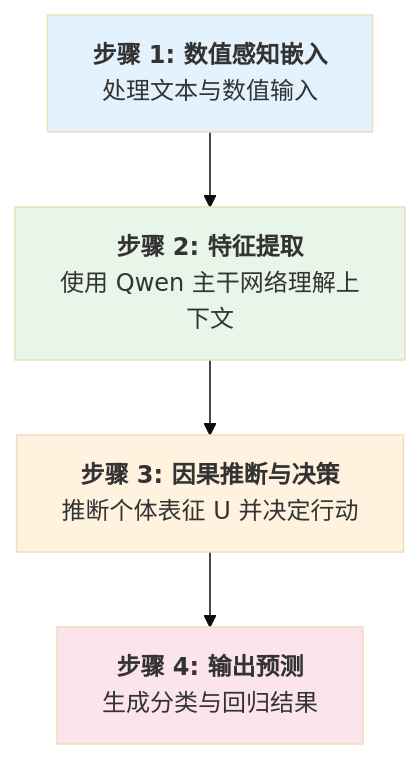
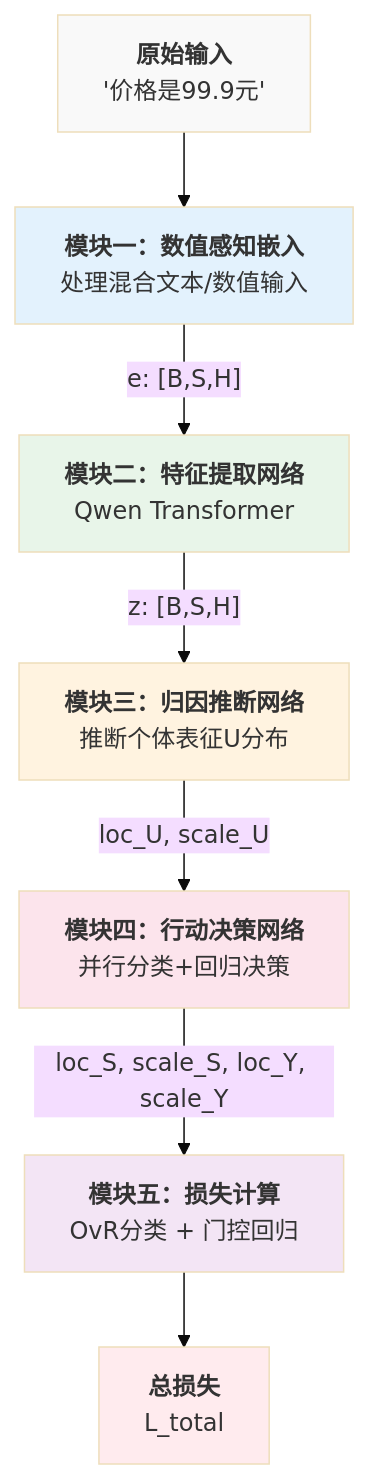
Before and after one commit to 1587causalai/CausalQwen: the first of 8 diagrams in docs/mathematical_foundations.md, drawn with Mermaid (base theme). The commit also changed other lines of this file and 1 other file, not shown here.

````diff
--- a/docs/mathematical_foundations.md
+++ b/docs/mathematical_foundations.md
@@ -344,12 +26,17 @@
 ```mermaid
 graph TD
-    A["<b>步骤 1: 数值感知嵌入</b><br>处理文本与数值输入"] --> B;
-    B["<b>步骤 2: 特征提取</b><br>使用 Qwen 主干网络理解上下文"];
-    B --> C["<b>步骤 3: 因果推断与决策</b><br>推断个体表征 U 并决定行动"];
-    C --> D["<b>步骤 4: 输出预测</b><br>生成分类与回归结果"];
+    A["<b>原始输入</b><br>'价格是99.9元'"] --> B["<b>模块一：数值感知嵌入</b><br>处理混合文本/数值输入"];
+    B --> |"e: [B,S,H]"| C["<b>模块二：特征提取网络</b><br>Qwen Transformer"];
+    C --> |"z: [B,S,H]"| D["<b>模块三：归因推断网络</b><br>推断个体表征U分布"];
+    D --> |"loc_U, scale_U"| E["<b>模块四：行动决策网络</b><br>并行分类+回归决策"];
+    E --> |"loc_S, scale_S, loc_Y, scale_Y"| F["<b>模块五：损失计算</b><br>OvR分类 + 门控回归"];
+    F --> G["<b>总损失</b><br>L_total"];
 
-    style A fill:#e3f2fd
-    style B fill:#e8f5e9
-    style C fill:#fff3e0
-    style D fill:#fce4ec
+    style A fill:#f9f9f9
+    style B fill:#e3f2fd
+    style C fill:#e8f5e9
+    style D fill:#fff3e0
+    style E fill:#fce4ec
+    style F fill:#f3e5f5
+    style G fill:#ffebee
 ```
````
